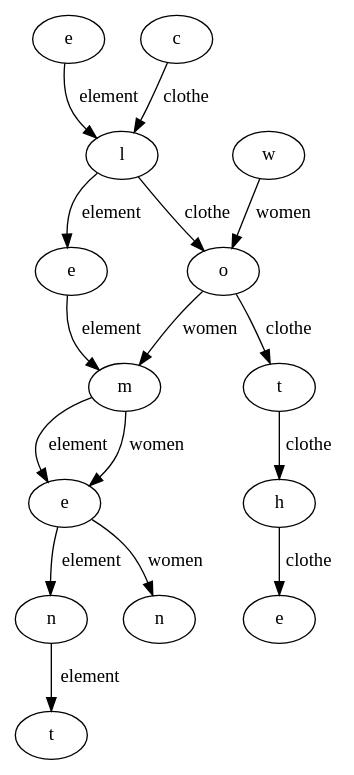
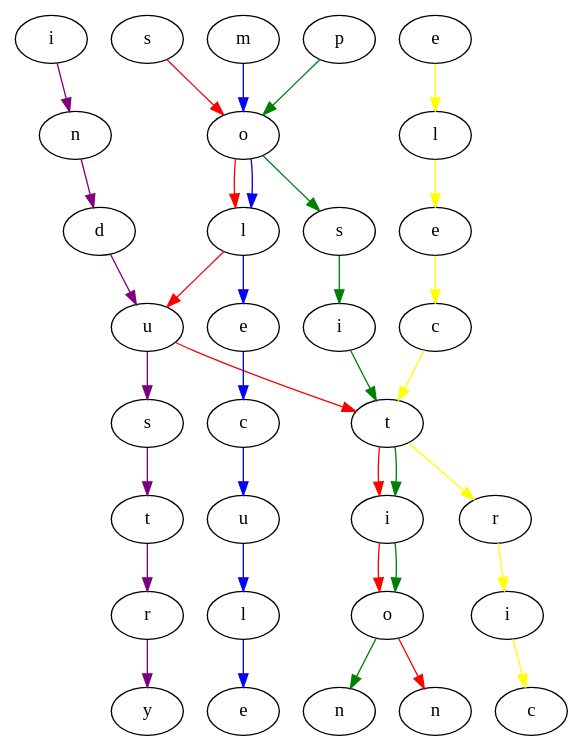
One commit to MaxMcF/SwitchWords changed the diagram in Digraph.gv. Above: the diagram before and after it, drawn with Graphviz. The commit also changed 2 other files, not shown here.

```diff
--- a/Digraph.gv
+++ b/Digraph.gv
@@ -1,35 +1,77 @@
 digraph {
-	"e.bbcbd" [label=e]
-	"l.651e2" [label=l]
-	"e.08ae2" [label=e]
-	"m.0443c" [label=m]
-	"e.9f13b" [label=e]
-	"n.71bfc" [label=n]
-	"t.03158" [label=t]
-	"e.bbcbd" -> "l.651e2" [label=element]
-	"l.651e2" -> "e.08ae2" [label=element]
-	"e.08ae2" -> "m.0443c" [label=element]
-	"m.0443c" -> "e.9f13b" [label=element]
-	"e.9f13b" -> "n.71bfc" [label=element]
-	"n.71bfc" -> "t.03158" [label=element]
-	"w.6aa24" [label=w]
-	"o.b2bc2" [label=o]
-	"m.0443c" [label=m]
-	"e.9f13b" [label=e]
-	"n.723c5" [label=n]
-	"w.6aa24" -> "o.b2bc2" [label=women]
-	"o.b2bc2" -> "m.0443c" [label=women]
-	"m.0443c" -> "e.9f13b" [label=women]
-	"e.9f13b" -> "n.723c5" [label=women]
-	"c.c25b2" [label=c]
-	"l.651e2" [label=l]
-	"o.b2bc2" [label=o]
-	"t.c4d56" [label=t]
-	"h.9d3da" [label=h]
-	"e.f0180" [label=e]
-	"c.c25b2" -> "l.651e2" [label=clothe]
-	"l.651e2" -> "o.b2bc2" [label=clothe]
-	"o.b2bc2" -> "t.c4d56" [label=clothe]
-	"t.c4d56" -> "h.9d3da" [label=clothe]
-	"h.9d3da" -> "e.f0180" [label=clothe]
+	"s.d0894" [label=s]
+	"o.5640d" [label=o]
+	"l.004e1" [label=l]
+	"u.fb34f" [label=u]
+	"t.97f68" [label=t]
+	"i.ce35a" [label=i]
+	"o.d5ba6" [label=o]
+	"n.983e1" [label=n]
+	"s.d0894" -> "o.5640d" [color=red]
+	"o.5640d" -> "l.004e1" [color=red]
+	"l.004e1" -> "u.fb34f" [color=red]
+	"u.fb34f" -> "t.97f68" [color=red]
+	"t.97f68" -> "i.ce35a" [color=red]
+	"i.ce35a" -> "o.d5ba6" [color=red]
+	"o.d5ba6" -> "n.983e1" [color=red]
+	"m.c6e80" [label=m]
+	"o.5640d" [label=o]
+	"l.004e1" [label=l]
+	"e.488aa" [label=e]
+	"c.50c19" [label=c]
+	"u.da0bd" [label=u]
+	"l.4660c" [label=l]
+	"e.dc345" [label=e]
+	"m.c6e80" -> "o.5640d" [color=blue]
+	"o.5640d" -> "l.004e1" [color=blue]
+	"l.004e1" -> "e.488aa" [color=blue]
+	"e.488aa" -> "c.50c19" [color=blue]
+	"c.50c19" -> "u.da0bd" [color=blue]
+	"u.da0bd" -> "l.4660c" [color=blue]
+	"l.4660c" -> "e.dc345" [color=blue]
+	"p.b5a79" [label=p]
+	"o.5640d" [label=o]
+	"s.f702e" [label=s]
+	"i.0f7f4" [label=i]
+	"t.97f68" [label=t]
+	"i.ce35a" [label=i]
+	"o.d5ba6" [label=o]
+	"n.c07fc" [label=n]
+	"p.b5a79" -> "o.5640d" [color=green]
+	"o.5640d" -> "s.f702e" [color=green]
+	"s.f702e" -> "i.0f7f4" [color=green]
+	"i.0f7f4" -> "t.97f68" [color=green]
+	"t.97f68" -> "i.ce35a" [color=green]
+	"i.ce35a" -> "o.d5ba6" [color=green]
+	"o.d5ba6" -> "n.c07fc" [color=green]
+	"e.57421" [label=e]
+	"l.98486" [label=l]
+	"e.591f1" [label=e]
+	"c.966e8" [label=c]
+	"t.97f68" [label=t]
+	"r.07e1a" [label=r]
+	"i.4b165" [label=i]
+	"c.8d7d1" [label=c]
+	"e.57421" -> "l.98486" [color=yellow]
+	"l.98486" -> "e.591f1" [color=yellow]
+	"e.591f1" -> "c.966e8" [color=yellow]
+	"c.966e8" -> "t.97f68" [color=yellow]
+	"t.97f68" -> "r.07e1a" [color=yellow]
+	"r.07e1a" -> "i.4b165" [color=yellow]
+	"i.4b165" -> "c.8d7d1" [color=yellow]
+	"i.c1505" [label=i]
+	"n.d1b0e" [label=n]
+	"d.64c2c" [label=d]
+	"u.fb34f" [label=u]
+	"s.242b7" [label=s]
+	"t.999eb" [label=t]
+	"r.83c47" [label=r]
+	"y.44374" [label=y]
+	"i.c1505" -> "n.d1b0e" [color=purple]
+	"n.d1b0e" -> "d.64c2c" [color=purple]
+	"d.64c2c" -> "u.fb34f" [color=purple]
+	"u.fb34f" -> "s.242b7" [color=purple]
+	"s.242b7" -> "t.999eb" [color=purple]
+	"t.999eb" -> "r.83c47" [color=purple]
+	"r.83c47" -> "y.44374" [color=purple]
 }
```
